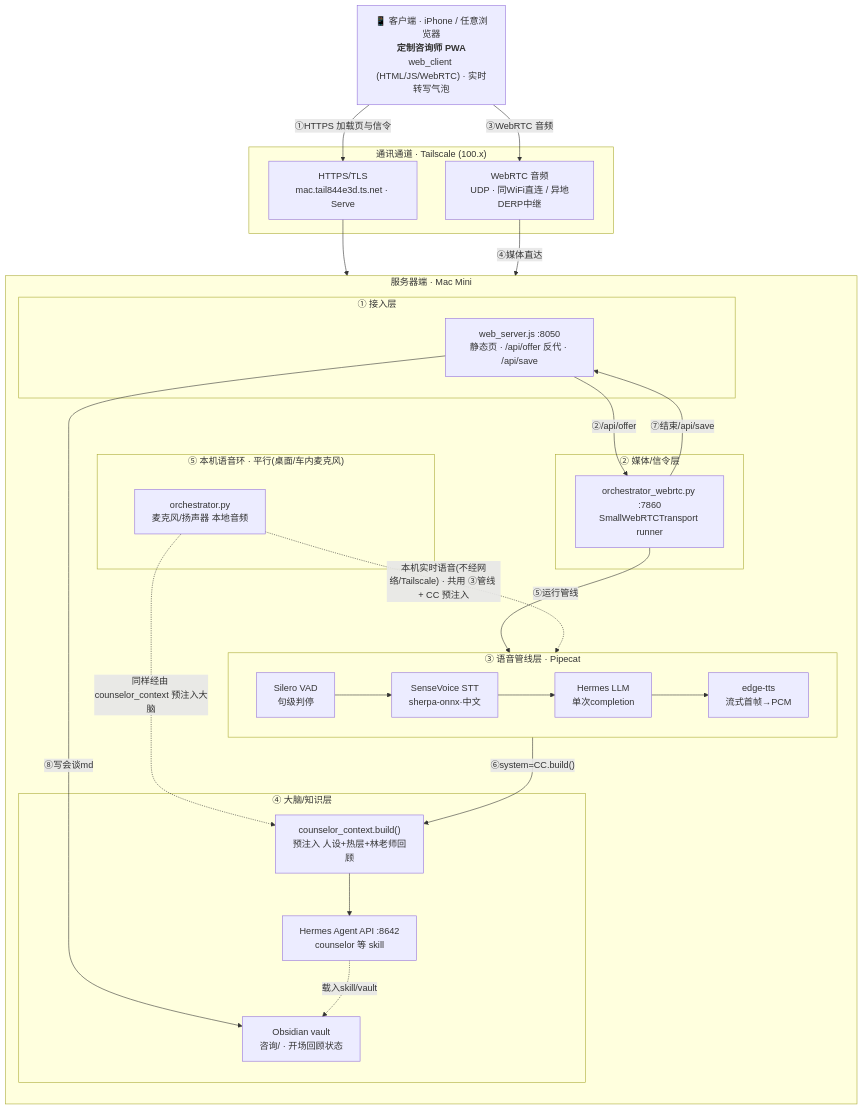
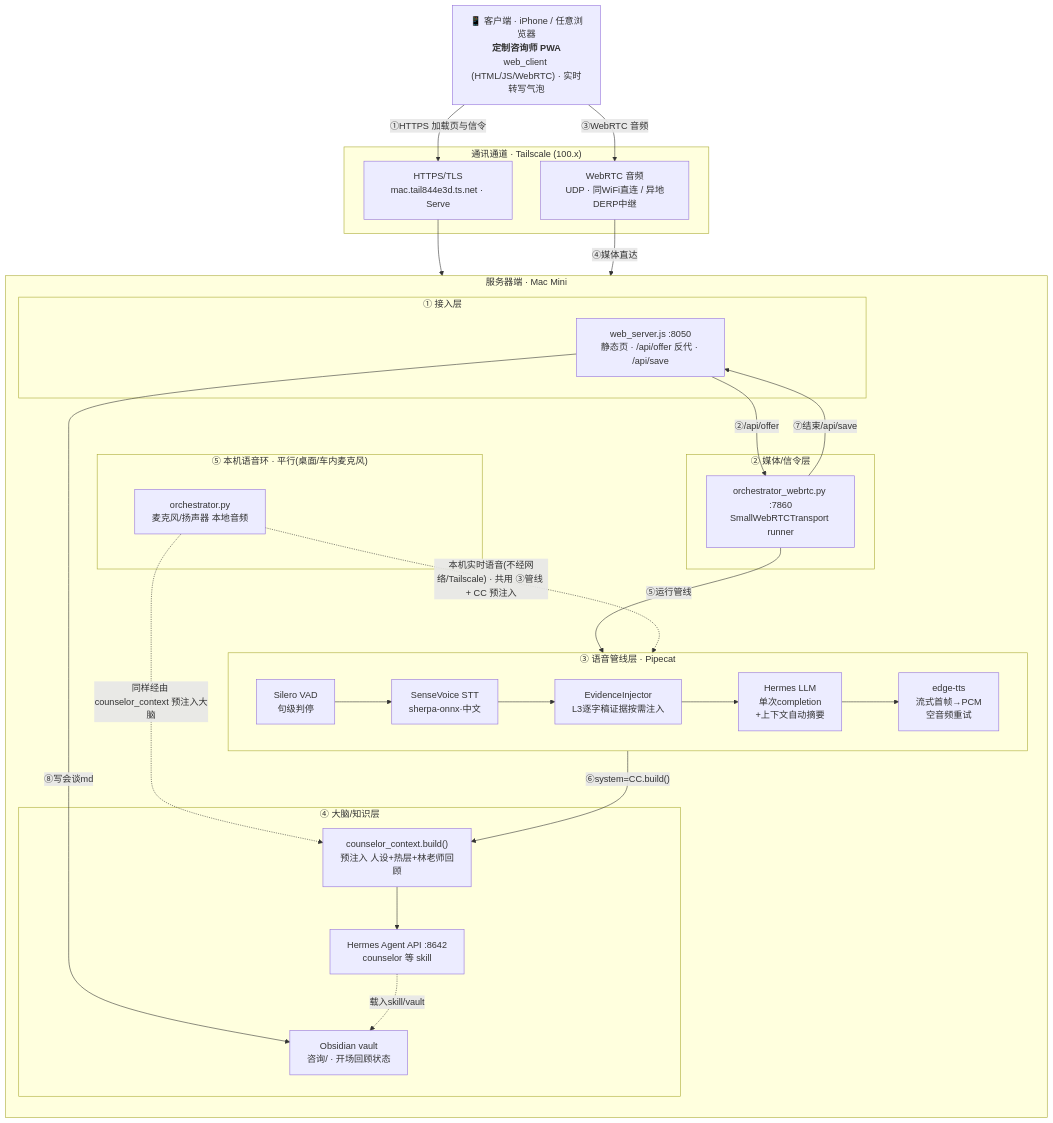
Before and after one commit to jeffhangithub/VoiceTherapy: the diagram in README.md, drawn with Mermaid. The commit also changed other lines of this file and 2 other files, not shown here.

First line of the commit message:
docs: record this iteration (layered evidence, long-session stability, timeline, session hygiene)

````diff
--- a/README.md
+++ b/README.md
@@ -24,43 +24,44 @@
 ```mermaid
 flowchart TB
     C["📱 客户端 · iPhone / 任意浏览器<br/><b>定制咨询师 PWA</b><br/>web_client (HTML/JS/WebRTC) · 实时转写气泡"]
 
     subgraph CH["通讯通道 · Tailscale (100.x)"]
         TS["HTTPS/TLS<br/>mac.tail844e3d.ts.net · Serve"]
         WC["WebRTC 音频<br/>UDP · 同WiFi直连 / 异地DERP中继"]
     end
 
     subgraph S["服务器端 · Mac Mini"]
         direction TB
         subgraph L1["① 接入层"]
             WS["web_server.js :8050<br/>静态页 · /api/offer 反代 · /api/save"]
         end
         subgraph L2["② 媒体/信令层"]
             RT["orchestrator_webrtc.py :7860<br/>SmallWebRTCTransport runner"]
         end
         subgraph L3["③ 语音管线层 · Pipecat"]
             direction LR
             VAD["Silero VAD<br/>句级判停"] --> STT["SenseVoice STT<br/>sherpa-onnx·中文"]
-            STT --> LM["Hermes LLM<br/>单次completion"]
-            LM --> TTS["edge-tts<br/>流式首帧→PCM"]
+            STT --> EV["EvidenceInjector<br/>L3逐字稿证据按需注入"]
+            EV --> LM["Hermes LLM<br/>单次completion<br/>+上下文自动摘要"]
+            LM --> TTS["edge-tts<br/>流式首帧→PCM<br/>空音频重试"]
         end
         subgraph L4["④ 大脑/知识层"]
             BR["Hermes Agent API :8642<br/>counselor 等 skill"]
             CC["counselor_context.build()<br/>预注入 人设+热层+林老师回顾"]
             VL["Obsidian vault<br/>咨询/ · 开场回顾状态"]
         end
         subgraph L5["⑤ 本机语音环 · 平行(桌面/车内麦克风)"]
             LO["orchestrator.py<br/>麦克风/扬声器 本地音频"]
         end
     end
 
     C -- ①HTTPS 加载页与信令 --> TS --> WS -- ②/api/offer --> RT
     C -- ③WebRTC 音频 --> WC -- ④媒体直达 --> RT
     RT -- ⑤运行管线 --> L3
     L3 -- ⑥system=CC.build() --> CC
     CC --> BR
     RT -- ⑦结束/api/save --> WS -- ⑧写会谈md --> VL
     BR -. 载入skill/vault .-> VL
     LO -. "本机实时语音(不经网络/Tailscale) · 共用 ③管线 + CC 预注入" .-> L3
     LO -. "同样经由 counselor_context 预注入大脑" .-> CC
 ```
````
